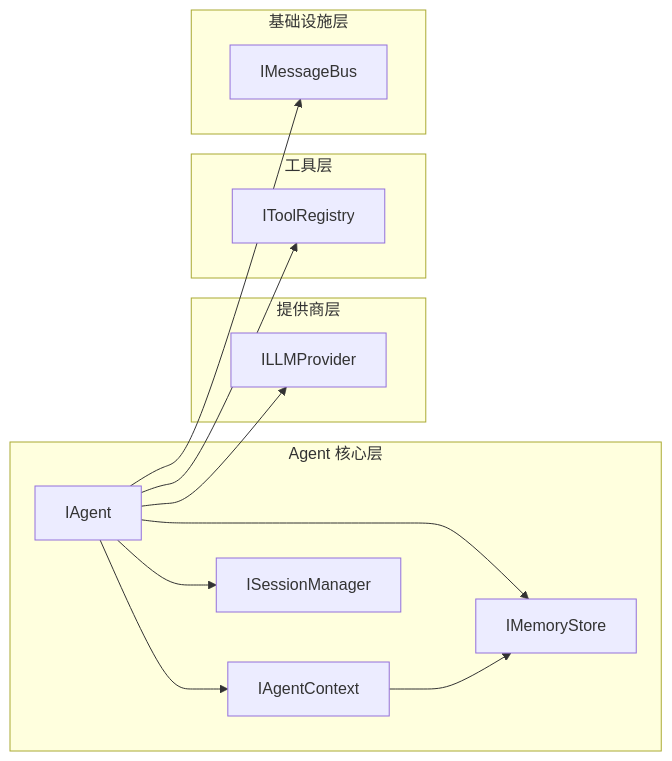
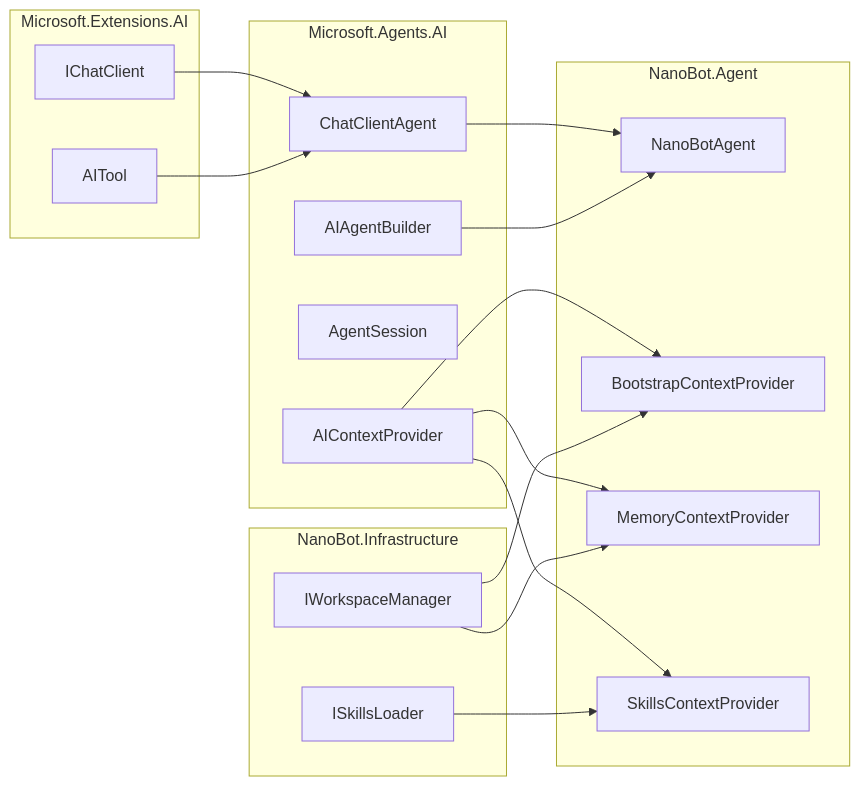
One commit to mbzcnet/NanoBot.Net changed the diagram in doc.ai/solutions/Agent-Core.md. Above: the diagram before and after it, drawn with Mermaid. The commit also changed other lines of this file and 84 other files, not shown here.

````diff
--- a/doc.ai/solutions/Agent-Core.md
+++ b/doc.ai/solutions/Agent-Core.md
@@ -433,29 +478,37 @@
 ```mermaid
 graph LR
-    subgraph "Agent 核心层"
-        IAgent[IAgent]
-        IAgentContext[IAgentContext]
-        IMemoryStore[IMemoryStore]
-        ISessionManager[ISessionManager]
+    subgraph "NanoBot.Agent"
+        NanoBotAgent[NanoBotAgent]
+        BootstrapProvider[BootstrapContextProvider]
+        MemoryProvider[MemoryContextProvider]
+        SkillsProvider[SkillsContextProvider]
     end
-
-    subgraph "提供商层"
-        ILLMProvider[ILLMProvider]
+    
+    subgraph "Microsoft.Agents.AI"
+        ChatClientAgent[ChatClientAgent]
+        AIAgentBuilder[AIAgentBuilder]
+        AgentSession[AgentSession]
+        AIContextProvider[AIContextProvider]
     end
-
-    subgraph "工具层"
-        IToolRegistry[IToolRegistry]
+    
+    subgraph "Microsoft.Extensions.AI"
+        IChatClient[IChatClient]
+        AITool[AITool]
     end
-
-    subgraph "基础设施层"
-        IMessageBus[IMessageBus]
+    
+    subgraph "NanoBot.Infrastructure"
+        WorkspaceManager[IWorkspaceManager]
+        SkillsLoader[ISkillsLoader]
     end
-
-    IAgent --> IAgentContext
-    IAgent --> IMemoryStore
-    IAgent --> ISessionManager
-    IAgent --> ILLMProvider
-    IAgent --> IToolRegistry
-    IAgent --> IMessageBus
-    IAgentContext --> IMemoryStore
+    
+    IChatClient --> ChatClientAgent
+    AITool --> ChatClientAgent
+    ChatClientAgent --> NanoBotAgent
+    AIContextProvider --> BootstrapProvider
+    AIContextProvider --> MemoryProvider
+    AIContextProvider --> SkillsProvider
+    WorkspaceManager --> BootstrapProvider
+    WorkspaceManager --> MemoryProvider
+    SkillsLoader --> SkillsProvider
+    AIAgentBuilder --> NanoBotAgent
 ```
````
